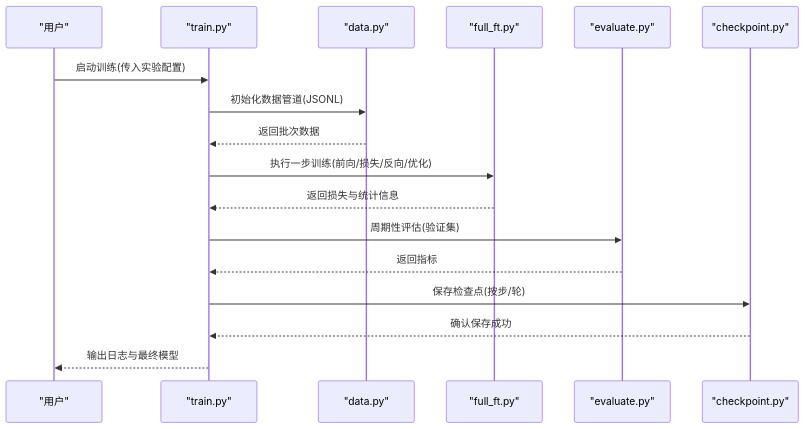
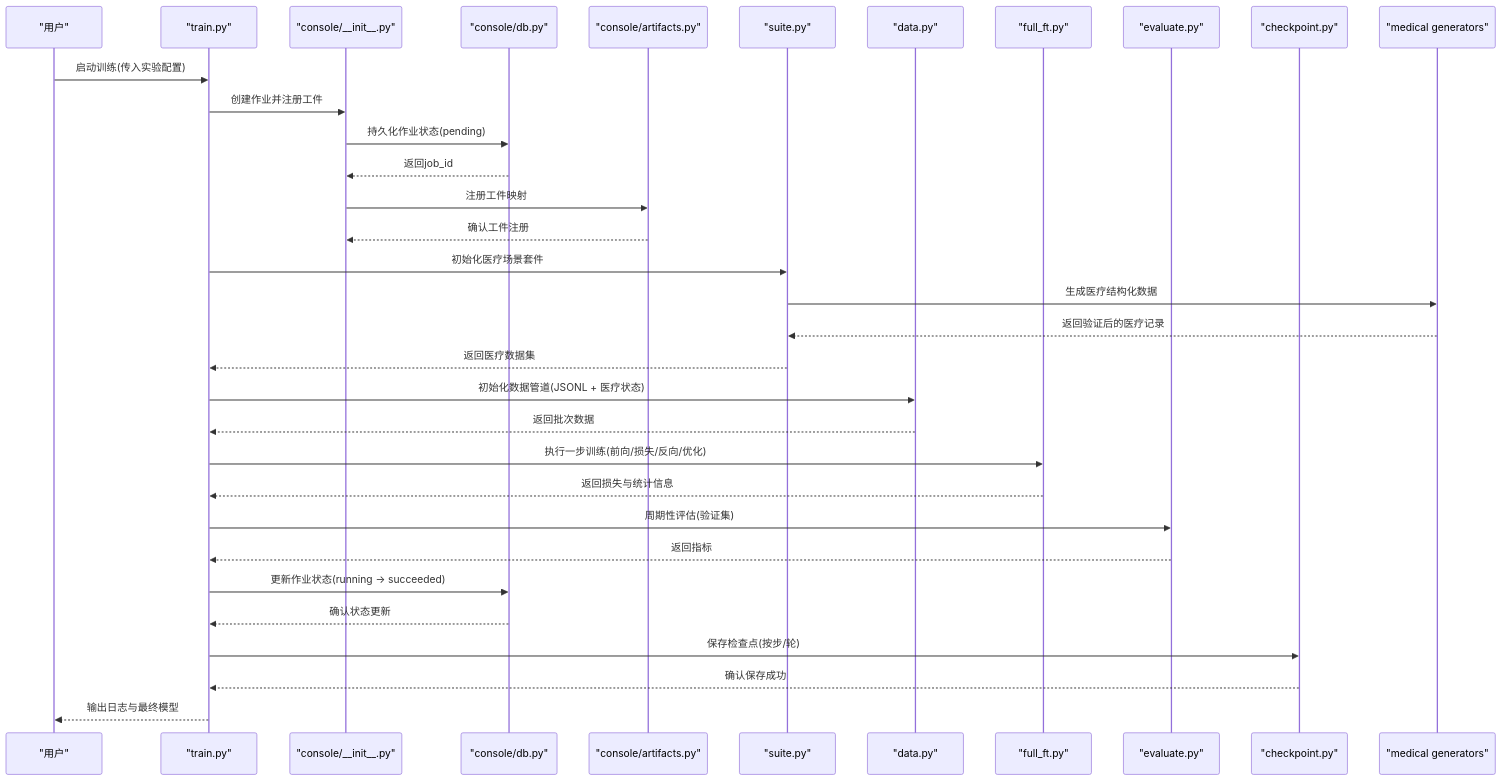
One commit to joezxh/kev changed the second of 12 diagrams in .qoder/repowiki/zh/content/训练框架/训练框架.md. Above: the diagram before and after it, drawn with Mermaid. The commit also changed other lines of this file and 70 other files, not shown here.

````diff
--- a/.qoder/repowiki/zh/content/训练框架/训练框架.md
+++ b/.qoder/repowiki/zh/content/训练框架/训练框架.md
@@ -115,19 +171,35 @@
 ```mermaid
 sequenceDiagram
 participant User as "用户"
 participant Train as "train.py"
+participant Console as "console/__init__.py"
+participant Store as "console/db.py"
+participant Artifacts as "console/artifacts.py"
+participant Suite as "suite.py"
 participant Data as "data.py"
 participant FT as "full_ft.py"
 participant Eval as "evaluate.py"
 participant CKPT as "checkpoint.py"
+participant MedGen as "medical generators"
 User->>Train : 启动训练(传入实验配置)
-Train->>Data : 初始化数据管道(JSONL)
+Train->>Console : 创建作业并注册工件
+Console->>Store : 持久化作业状态(pending)
+Store-->>Console : 返回job_id
+Console->>Artifacts : 注册工件映射
+Artifacts-->>Console : 确认工件注册
+Train->>Suite : 初始化医疗场景套件
+Suite->>MedGen : 生成医疗结构化数据
+MedGen-->>Suite : 返回验证后的医疗记录
+Suite-->>Train : 返回医疗数据集
+Train->>Data : 初始化数据管道(JSONL + 医疗状态)
 Data-->>Train : 返回批次数据
 Train->>FT : 执行一步训练(前向/损失/反向/优化)
 FT-->>Train : 返回损失与统计信息
 Train->>Eval : 周期性评估(验证集)
 Eval-->>Train : 返回指标
+Train->>Store : 更新作业状态(running -> succeeded)
+Store-->>Train : 确认状态更新
 Train->>CKPT : 保存检查点(按步/轮)
 CKPT-->>Train : 确认保存成功
 Train-->>User : 输出日志与最终模型
 ```
````
